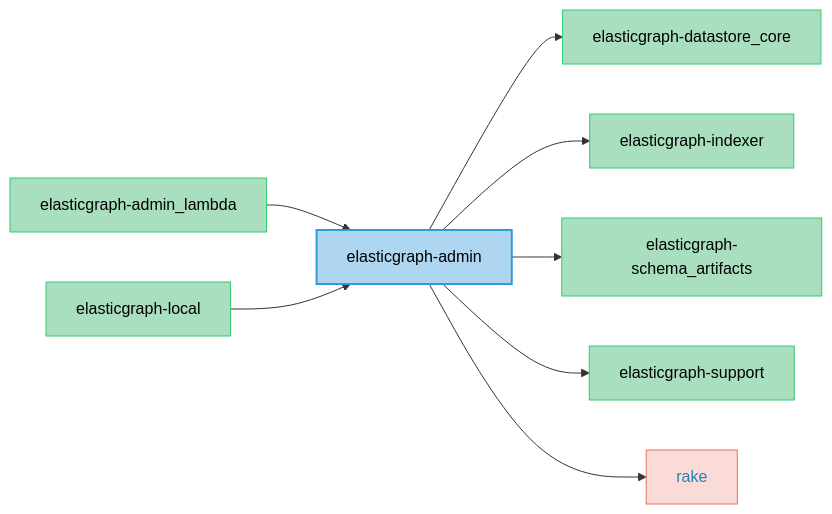
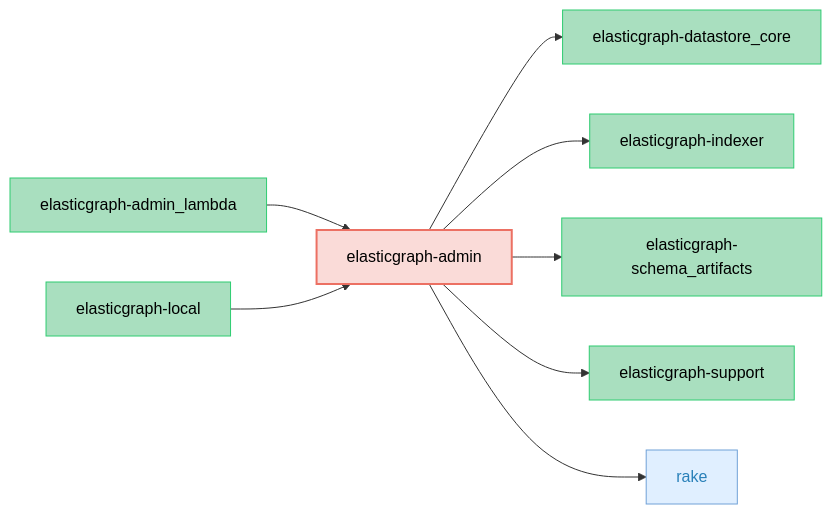
The diagram in elasticgraph-admin/README.md (block/elasticgraph), drawn with Mermaid before and after one commit. The commit also changed 23 other files, not shown here.

````diff
--- a/elasticgraph-admin/README.md
+++ b/elasticgraph-admin/README.md
@@ -7,30 +7,30 @@
 ```mermaid
 graph LR;
-    classDef currentGemStyle fill:#AED6F1,stroke:#3498DB,color:#000,stroke-width:2px;
+    classDef currentGemStyle fill:#FADBD8,stroke:#EC7063,color:#000,stroke-width:2px;
     classDef internalEgGemStyle fill:#A9DFBF,stroke:#2ECC71,color:#000;
-    classDef externalGemStyle fill:#FADBD8,stroke:#EC7063,color:#2980B9;
+    classDef externalGemStyle fill:#E0EFFF,stroke:#70A1D7,color:#2980B9;
     elasticgraph-admin["elasticgraph-admin"];
     class elasticgraph-admin currentGemStyle;
     elasticgraph-datastore_core["elasticgraph-datastore_core"];
     elasticgraph-admin --> elasticgraph-datastore_core;
     class elasticgraph-datastore_core internalEgGemStyle;
     elasticgraph-indexer["elasticgraph-indexer"];
     elasticgraph-admin --> elasticgraph-indexer;
     class elasticgraph-indexer internalEgGemStyle;
     elasticgraph-schema_artifacts["elasticgraph-schema_artifacts"];
     elasticgraph-admin --> elasticgraph-schema_artifacts;
     class elasticgraph-schema_artifacts internalEgGemStyle;
     elasticgraph-support["elasticgraph-support"];
     elasticgraph-admin --> elasticgraph-support;
     class elasticgraph-support internalEgGemStyle;
     rake["rake"];
     elasticgraph-admin --> rake;
     class rake externalGemStyle;
     elasticgraph-admin_lambda["elasticgraph-admin_lambda"];
     elasticgraph-admin_lambda --> elasticgraph-admin;
     class elasticgraph-admin_lambda internalEgGemStyle;
     elasticgraph-local["elasticgraph-local"];
     elasticgraph-local --> elasticgraph-admin;
     class elasticgraph-local internalEgGemStyle;
     click rake href "https://rubygems.org/gems/rake" "Open on RubyGems.org" _blank;
 ```
````
